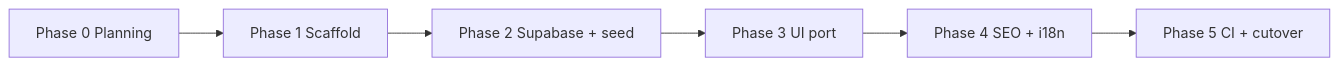
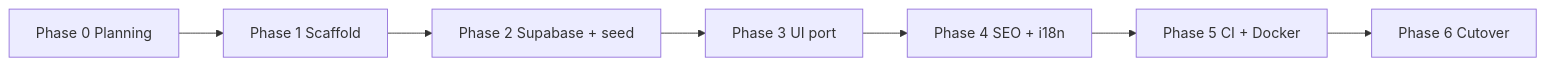
The second of 2 diagrams in docs/projects/next-shadcn-supabase-rewrite.md (95gabor/cv), drawn with Mermaid before and after one commit. The commit also changed other lines of this file and 153 other files, not shown here.

````diff
--- a/docs/projects/next-shadcn-supabase-rewrite.md
+++ b/docs/projects/next-shadcn-supabase-rewrite.md
@@ -148,8 +148,9 @@
 ```mermaid
 flowchart LR
     P0[Phase 0 Planning] --> P1[Phase 1 Scaffold]
     P1 --> P2[Phase 2 Supabase + seed]
     P2 --> P3[Phase 3 UI port]
     P3 --> P4[Phase 4 SEO + i18n]
-    P4 --> P5[Phase 5 CI + cutover]
+    P4 --> P5[Phase 5 CI + Docker]
+    P5 --> P6[Phase 6 Cutover]
 ```
````
